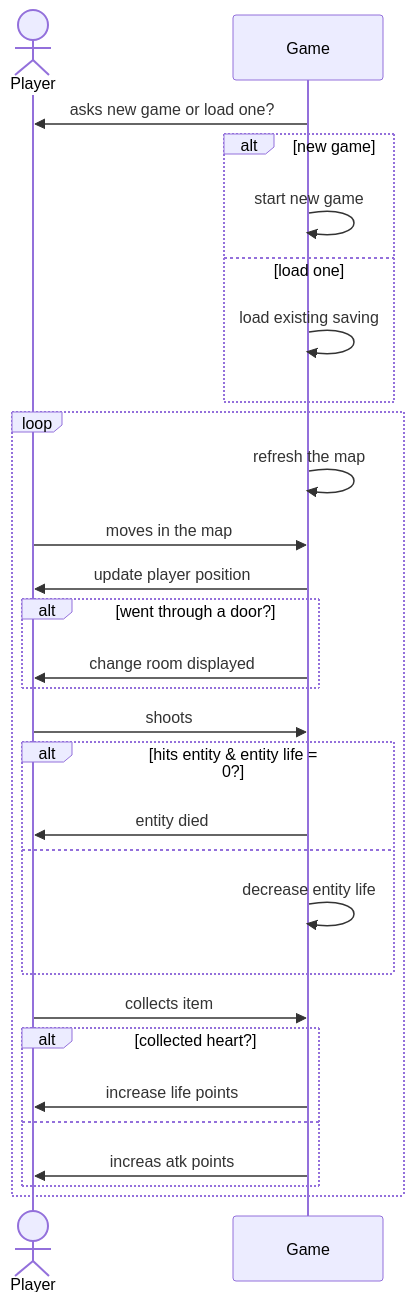
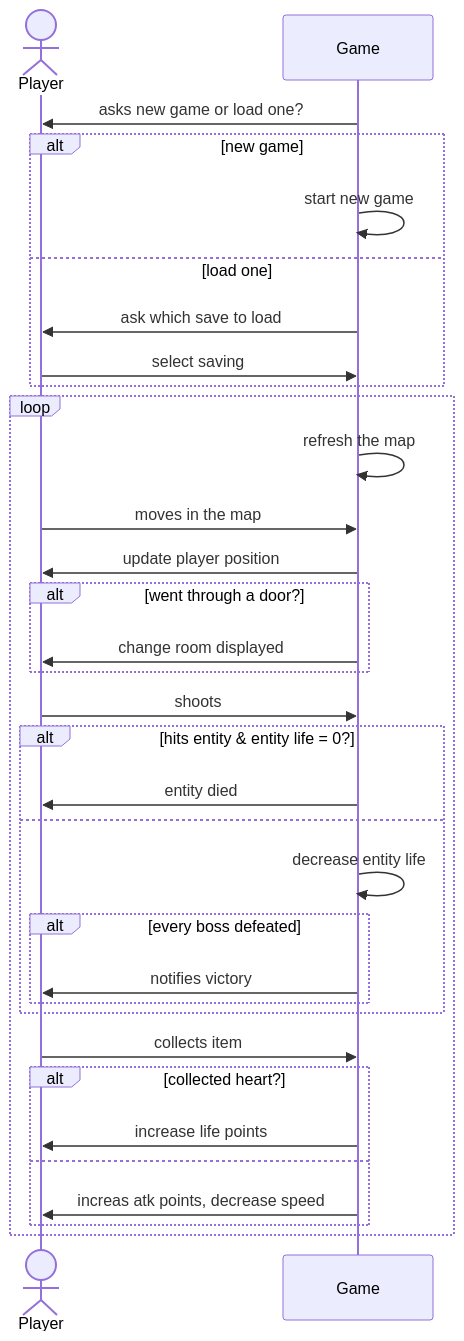
Before and after one commit to Rimaro03/docs-exam-slayer: the first of 6 diagrams in docs/design/sequence_diagrams.md, drawn with Mermaid.

Commit message:
update system sequence diagram

````diff
--- a/docs/design/sequence_diagrams.md
+++ b/docs/design/sequence_diagrams.md
@@ -4,30 +4,34 @@
 ``` mermaid
 sequenceDiagram
   Actor Player
   Game ->> Player: asks new game or load one?
   alt new game
     Game ->> Game: start new game
   else load one
-    Game ->> Game: load existing saving
+    Game ->> Player: ask which save to load
+    Player ->> Game: select saving
   end
   loop  
     Game->>Game: refresh the map
     Player ->> Game: moves in the map
     Game ->> Player: update player position
     alt went through a door?
       Game->>Player: change room displayed
     end
     Player ->> Game: shoots
     alt hits entity & entity life = 0?
       Game ->> Player: entity died
     else
       Game ->> Game: decrease entity life
+      alt every boss defeated
+        Game ->> Player: notifies victory
+      end
     end
     Player ->> Game: collects item
     alt collected heart?
       Game ->> Player: increase life points
     else
-      Game ->> Player: increas atk points
+      Game ->> Player: increas atk points, decrease speed
     end
   end
 ```
````
